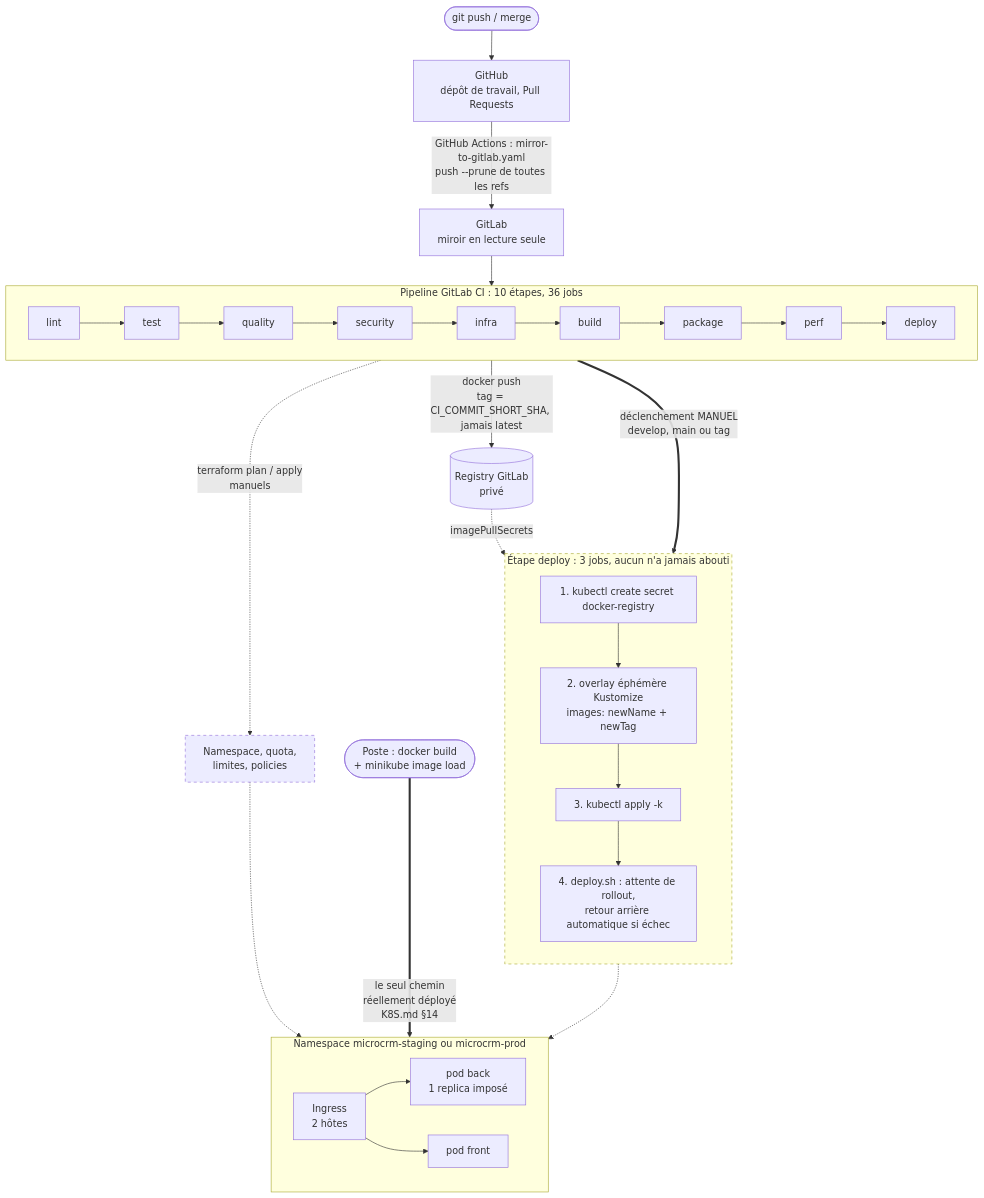
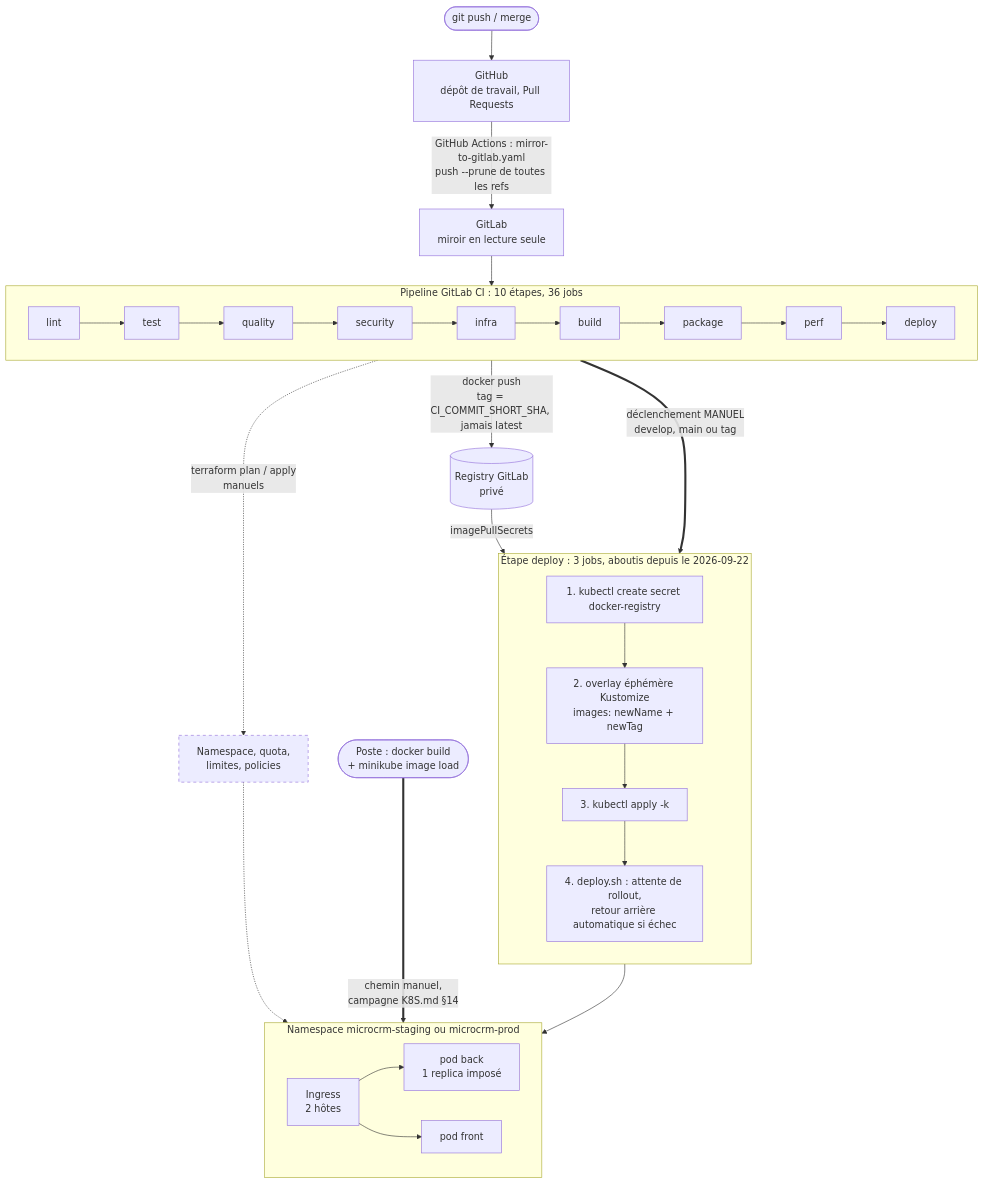
One commit to TedPasquiet/G-rez-le-cycle-de-vie-de-d-veloppement-logiciel changed the sixth of 8 diagrams in ARCHITECTURE.md. Above: the diagram before and after it, drawn with Mermaid. The commit also changed other lines of this file and 9 other files, not shown here.

````diff
--- a/ARCHITECTURE.md
+++ b/ARCHITECTURE.md
@@ -282,43 +282,43 @@
 ```mermaid
 flowchart TB
     dev(["git push / merge"]) --> gh["GitHub<br/>dépôt de travail, Pull Requests"]
     gh -->|"GitHub Actions : mirror-to-gitlab.yaml<br/>push --prune de toutes les refs"| gl["GitLab<br/>miroir en lecture seule"]
     gl --> pipe
 
     subgraph pipe["Pipeline GitLab CI : 10 étapes, 36 jobs"]
         direction LR
         s1["lint"] --> s2["test"] --> s3["quality"] --> s4["security"] --> s5["infra"] --> s6["build"] --> s7["package"] --> s8["perf"] --> s9["deploy"]
     end
 
     s7 -->|"docker push<br/>tag = CI_COMMIT_SHORT_SHA, jamais latest"| reg[("Registry GitLab<br/>privé")]
     s5 -.->|"terraform plan / apply<br/>manuels"| tf["Namespace, quota,<br/>limites, policies"]
 
     s9 == "déclenchement MANUEL<br/>develop, main ou tag" ==> jobs
 
-    subgraph jobs["Étape deploy : 3 jobs, aucun n'a jamais abouti"]
+    subgraph jobs["Étape deploy : 3 jobs, aboutis depuis le 2026-09-22"]
         direction TB
         j1["1. kubectl create secret docker-registry"]
         j2["2. overlay éphémère Kustomize<br/>images: newName + newTag"]
         j3["3. kubectl apply -k"]
         j4["4. deploy.sh : attente de rollout,<br/>retour arrière automatique si échec"]
         j1 --> j2 --> j3 --> j4
     end
 
-    reg -.->|"imagePullSecrets"| j3
+    reg -->|"imagePullSecrets"| j3
     tf -.-> ns
-    j4 -.-> ns
+    j4 --> ns
 
     subgraph ns["Namespace microcrm-staging ou microcrm-prod"]
         direction LR
         ing["Ingress<br/>2 hôtes"]
         pb["pod back<br/>1 replica imposé"]
         pf["pod front"]
         ing --> pb
         ing --> pf
     end
 
-    poste(["Poste : docker build<br/>+ minikube image load"]) ==>|"le seul chemin<br/>réellement déployé<br/>K8S.md §14"| ns
+    poste(["Poste : docker build<br/>+ minikube image load"]) ==>|"chemin manuel,<br/>campagne K8S.md §14"| ns
 
     classDef jamais stroke-dasharray: 5 5;
-    class jobs,tf jamais;
+    class tf jamais;
 ```
````
